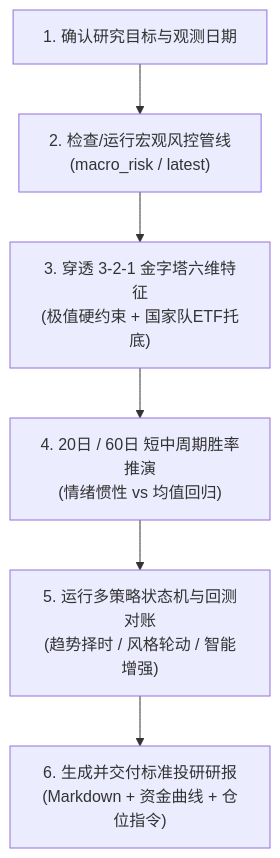
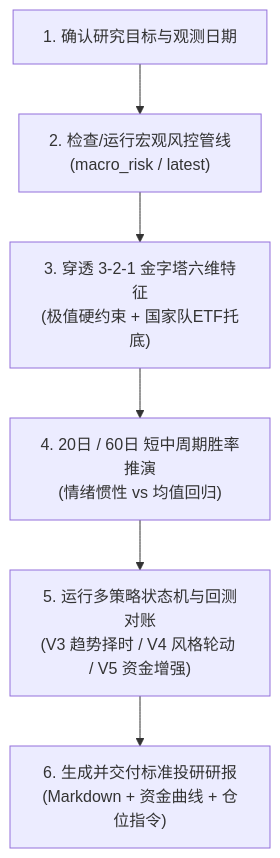
One commit to aidenreed937/stock changed the diagram in .agents/skills/macro-risk-research/SKILL.md. Above: the diagram before and after it, drawn with Mermaid. The commit also changed other lines of this file and 23 other files, not shown here.

````diff
--- a/.agents/skills/macro-risk-research/SKILL.md
+++ b/.agents/skills/macro-risk-research/SKILL.md
@@ -28,8 +32,8 @@
 ```mermaid
 flowchart TD
     A["1. 确认研究目标与观测日期"] --> B["2. 检查/运行宏观风控管线<br>(macro_risk / latest)"]
     B --> C["3. 穿透 3-2-1 金字塔六维特征<br>(极值硬约束 + 国家队ETF托底)"]
     C --> D["4. 20日 / 60日 短中周期胜率推演<br>(情绪惯性 vs 均值回归)"]
-    D --> E["5. 运行多策略状态机与回测对账<br>(趋势择时 / 风格轮动 / 智能增强)"]
+    D --> E["5. 运行多策略状态机与回测对账<br>(V3 趋势择时 / V4 风格轮动 / V5 资金增强)"]
     E --> F["6. 生成并交付标准投研研报<br>(Markdown + 资金曲线 + 仓位指令)"]
 ```
````
